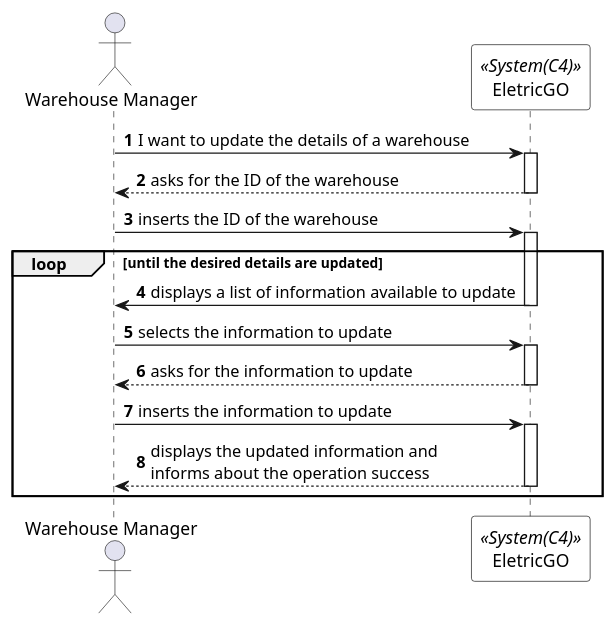
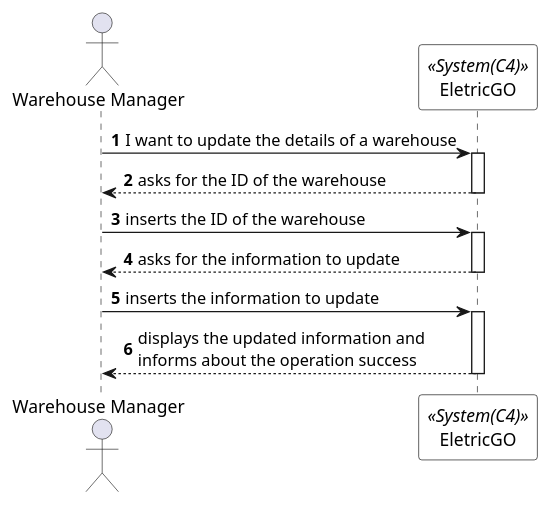
Before and after one commit to 0franciscor/dei_3dj_057: the diagram in Documents/Deployment Diagrams/Level 1 - System Context/Process View/Warehouse/updateWarehouseSSD.puml, drawn with PlantUML. The commit also changed 9 other files, not shown here.

```diff
--- a/Documents/Deployment Diagrams/Level 1 - System Context/Process View/Warehouse/updateWarehouseSSD.puml
+++ b/Documents/Deployment Diagrams/Level 1 - System Context/Process View/Warehouse/updateWarehouseSSD.puml
@@ -1,44 +1,35 @@
 @startuml updateWarehouseSSD
 autonumber
 
 skinparam sequence {
 ParticipantBorderColor black
 ParticipantBackgroundColor white
 }
 
 actor "Warehouse Manager" as admin
 participant EletricGO as system <<System(C4)>>
 
 
 admin -> system: I want to update the details of a warehouse
 activate system
 
 system --> admin: asks for the ID of the warehouse
 deactivate system
 
 admin -> system: inserts the ID of the warehouse
 activate system
 
-loop until the desired details are updated
-
-system -_> admin: displays a list of information available to update
-deactivate system
-
-admin -> system: selects the information to update
-activate system
-
 system --> admin: asks for the information to update
 deactivate system
 
 admin -> system: inserts the information to update
 activate system
 
 system --> admin: displays the updated information and \ninforms about the operation success
 deactivate system
 
-end loop
 
 deactivate system
 deactivate admin
 
 @enduml
```
